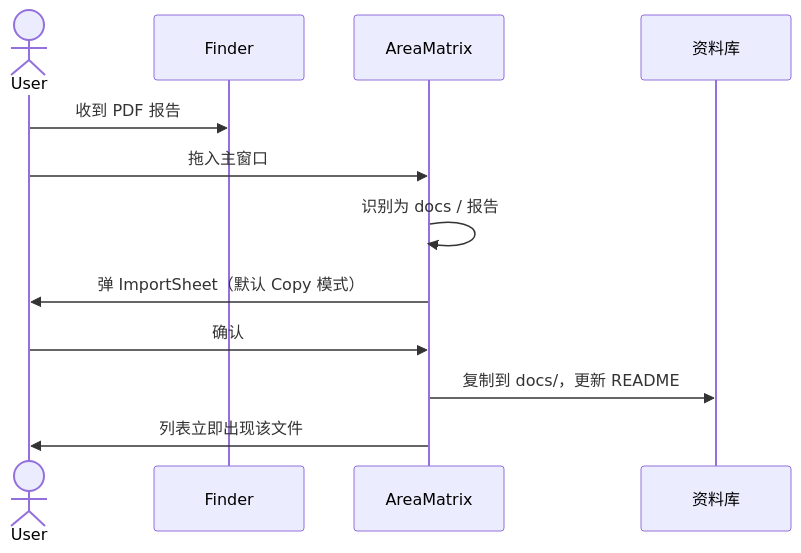
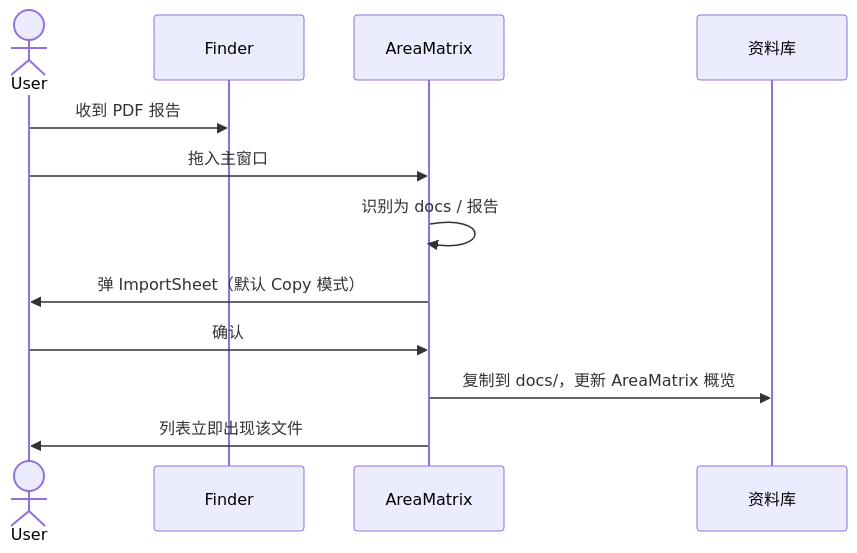
The diagram in docs/product/prd.md (AreaSong/AreaMatrix), drawn with Mermaid before and after one commit. The commit also changed other lines of this file and 38 other files, not shown here.

````diff
--- a/docs/product/prd.md
+++ b/docs/product/prd.md
@@ -130,15 +131,15 @@
 ```mermaid
 sequenceDiagram
     actor User
     participant Finder
     participant App as AreaMatrix
     participant Repo as 资料库
 
     User->>Finder: 收到 PDF 报告
     User->>App: 拖入主窗口
     App->>App: 识别为 docs / 报告
     App->>User: 弹 ImportSheet（默认 Copy 模式）
     User->>App: 确认
-    App->>Repo: 复制到 docs/，更新 README
+    App->>Repo: 复制到 docs/，更新 AreaMatrix 概览
     App->>User: 列表立即出现该文件
 ```
````
